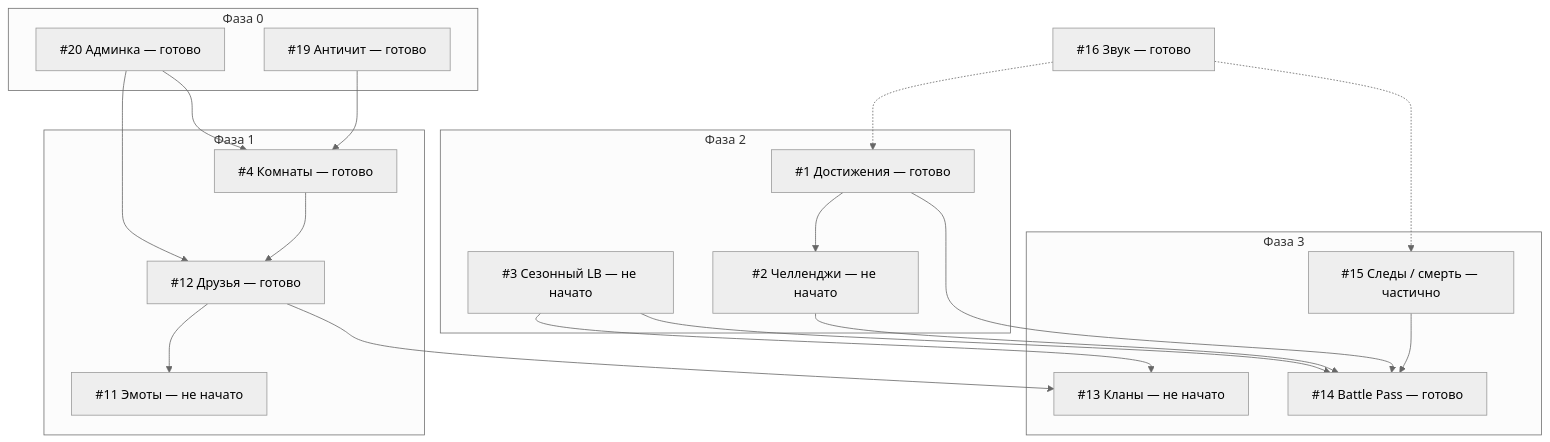
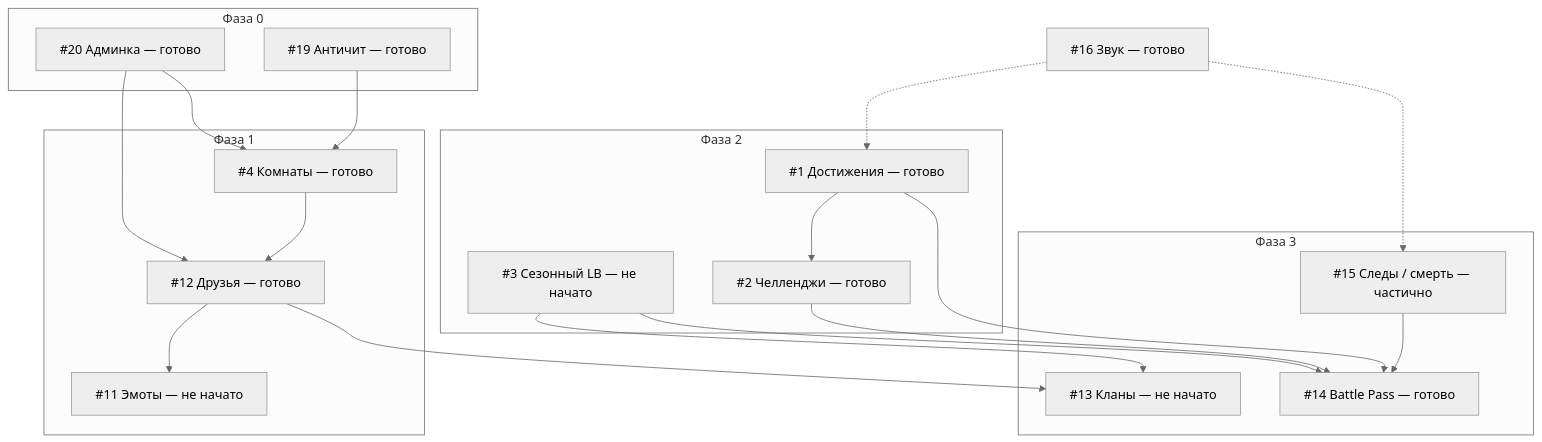
Before and after one commit to KaVoshnik/MultiplayerUltimateSnakeAttack: the diagram in Roadmap.md, drawn with Mermaid (neutral theme). The commit also changed other lines of this file and 16 other files, not shown here.

````diff
--- a/Roadmap.md
+++ b/Roadmap.md
@@ -33,41 +33,41 @@
 ```mermaid
 flowchart TD
   subgraph phase0 [Фаза 0]
     A19[#19 Античит — готово]
     A20[#20 Админка — готово]
   end
 
   subgraph phase1 [Фаза 1]
     A4[#4 Комнаты — готово]
     A12[#12 Друзья — готово]
     A11[#11 Эмоты — не начато]
   end
 
   subgraph phase2 [Фаза 2]
     A1[#1 Достижения — готово]
-    A2[#2 Челленджи — не начато]
+    A2[#2 Челленджи — готово]
     A3[#3 Сезонный LB — не начато]
   end
 
   subgraph phase3 [Фаза 3]
     A13[#13 Кланы — не начато]
     A14[#14 Battle Pass — готово]
     A15[#15 Следы / смерть — частично]
   end
 
   A20 --> A4
   A20 --> A12
   A19 --> A4
   A4 --> A12
   A12 --> A11
   A1 --> A2
   A3 --> A14
   A2 --> A14
   A1 --> A14
   A12 --> A13
   A3 --> A13
   A15 --> A14
   A16[#16 Звук — готово]
   A16 -.-> A1
   A16 -.-> A15
 ```
````
